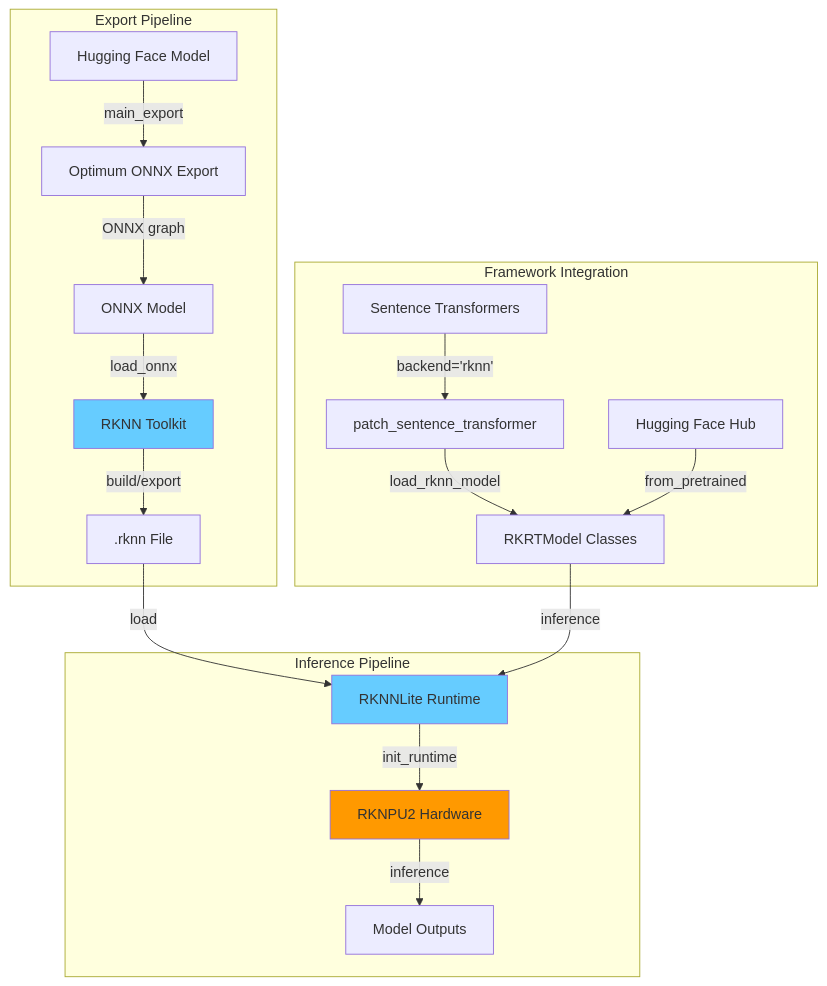
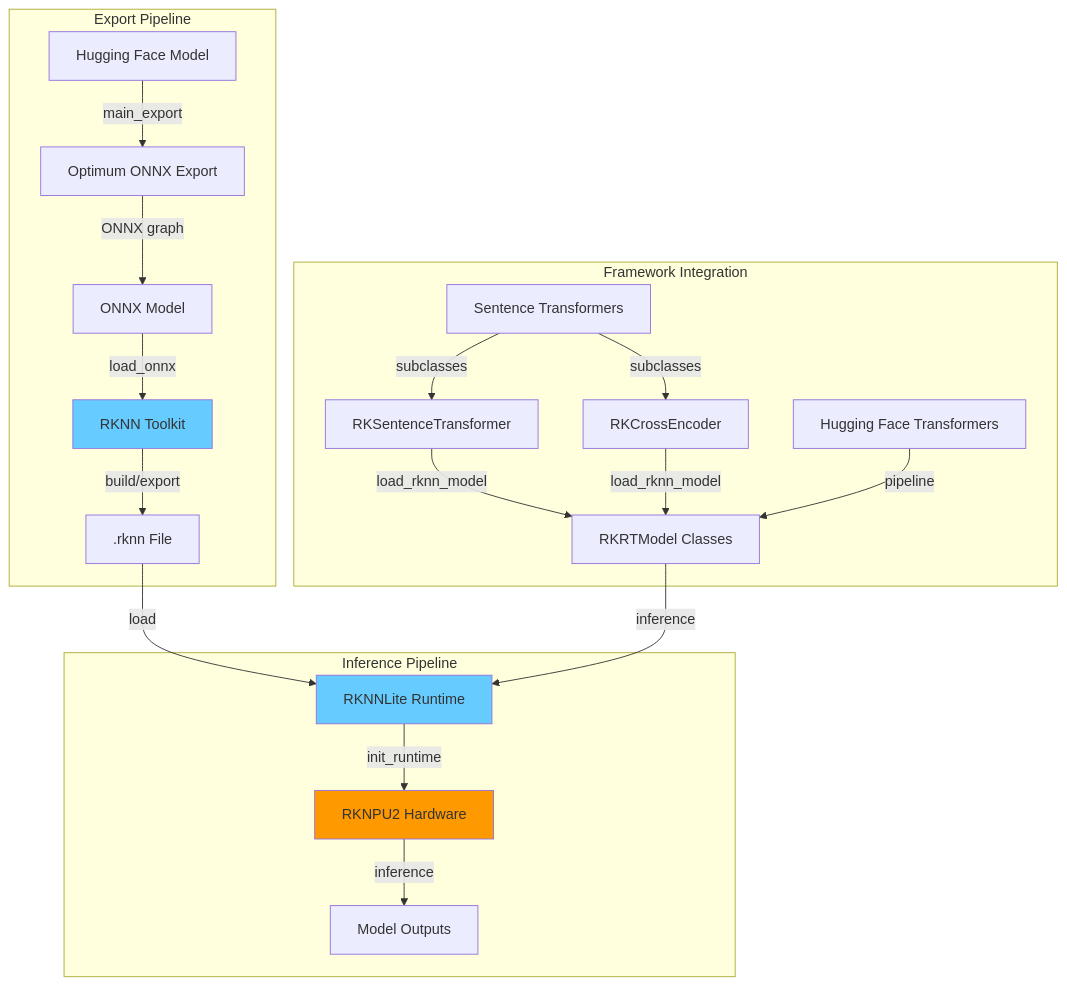
The diagram in README.md (emapco/rk-transformers), drawn with Mermaid before and after one commit. The commit also changed other lines of this file and 17 other files, not shown here.

First line of the commit message:
feat: refactor sentence-transformers integration

````diff
--- a/README.md
+++ b/README.md
@@ -376,37 +392,40 @@
 ```mermaid
 graph TB
     subgraph "Export Pipeline"
         HF[Hugging Face Model]
         OPT[Optimum ONNX Export]
         ONNX[ONNX Model]
         RKNN_TK[RKNN Toolkit]
         RKNN_FILE[.rknn File]
         
         HF -->|main_export| OPT
         OPT -->|ONNX graph| ONNX
         ONNX -->|load_onnx| RKNN_TK
         RKNN_TK -->|build/export| RKNN_FILE
     end
     
     subgraph "Inference Pipeline"
         RKNN_FILE -->|load| RKNN_LITE[RKNNLite Runtime]
         RKNN_LITE -->|init_runtime| NPU[RKNPU2 Hardware]
         NPU -->|inference| RESULTS[Model Outputs]
     end
     
     subgraph "Framework Integration"
         ST[Sentence Transformers]
-        HFHUB[Hugging Face Hub]
-        PATCH[patch_sentence_transformer]
+        RKST[RKSentenceTransformer]
+        RKCE[RKCrossEncoder]
         RKRT[RKRTModel Classes]
+        HFT[Hugging Face Transformers]
         
-        ST -->|backend='rknn'| PATCH
-        PATCH -->|load_rknn_model| RKRT
-        HFHUB -->|from_pretrained| RKRT
+        ST -->|subclasses| RKST
+        ST -->|subclasses| RKCE
+        RKST -->|load_rknn_model| RKRT
+        RKCE -->|load_rknn_model| RKRT
         RKRT -->|inference| RKNN_LITE
+        HFT -->|pipeline| RKRT
     end
     
     style NPU fill:#ff9900
     style RKNN_TK fill:#66ccff
     style RKNN_LITE fill:#66ccff
 ```
````
